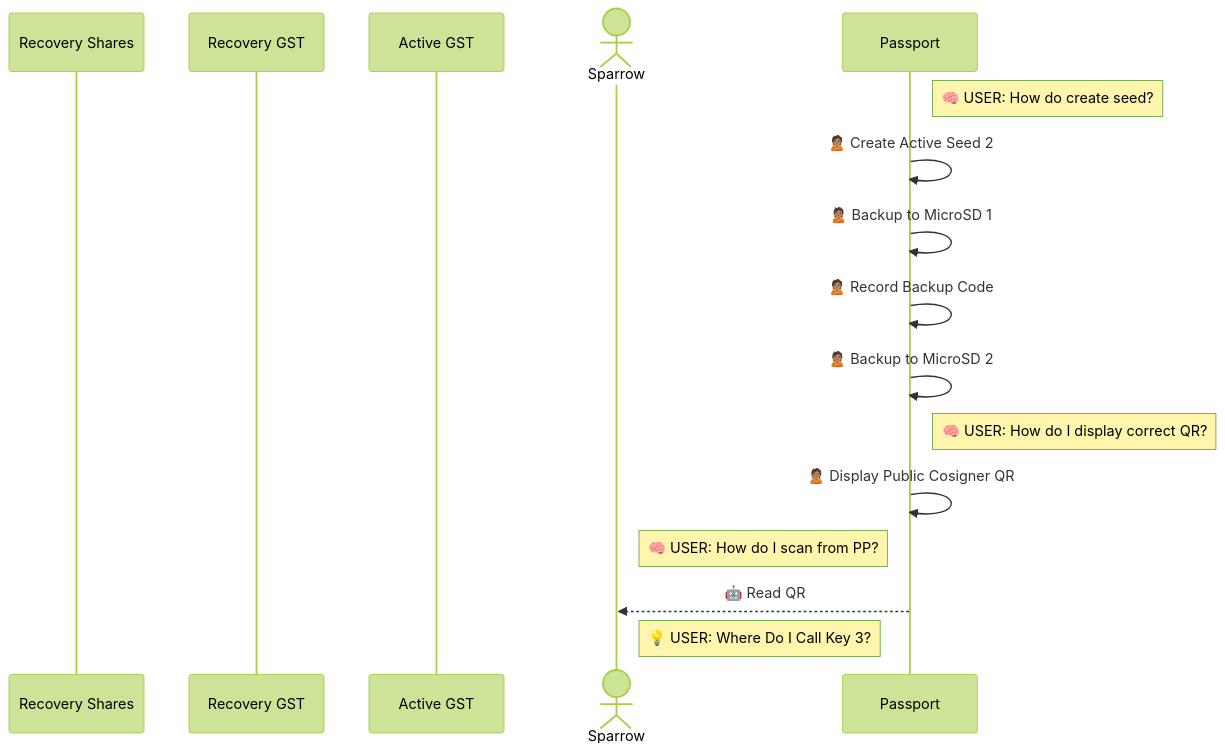
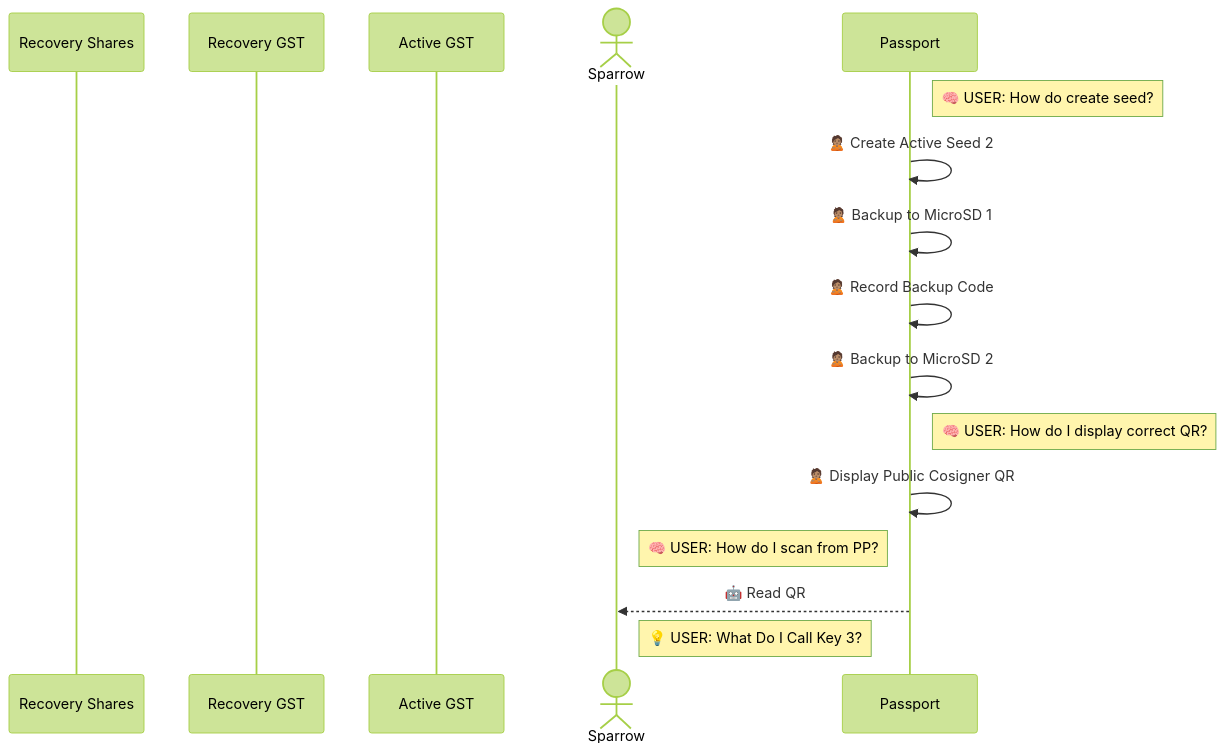
One commit to BlockchainCommons/SmartCustody changed the fourth of 12 diagrams in Docs/Scenario-Multisig-RR.md. Above: the diagram before and after it, drawn with Mermaid (forest theme). The commit also changed other lines of this file, not shown here.

````diff
--- a/Docs/Scenario-Multisig-RR.md
+++ b/Docs/Scenario-Multisig-RR.md
@@ -93,19 +93,19 @@
 ```mermaid
 sequenceDiagram
 participant Rs as Recovery Shares
 participant R as Recovery GST
 participant S1 as Active GST
 actor TC as Sparrow
 participant S2 as Passport
 
 note right of S2: 🧠 USER: How do create seed?
 S2->>S2: 🙎🏽 Create Active Seed 2
 S2->>S2: 🙎🏽 Backup to MicroSD 1
 S2->>S2: 🙎🏽 Record Backup Code
 S2->>S2: 🙎🏽 Backup to MicroSD 2
 note right of S2: 🧠 USER: How do I display correct QR?
 S2->>S2: 🙎🏽 Display Public Cosigner QR
 note right of TC: 🧠 USER: How do I scan from PP?
 S2-->>TC: 🤖 Read QR
-note right of TC: 💡 USER: Where Do I Call Key 3?
+note right of TC: 💡 USER: What Do I Call Key 3?
 ```
````
